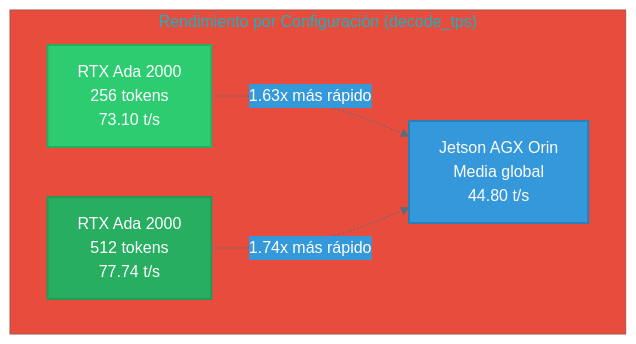
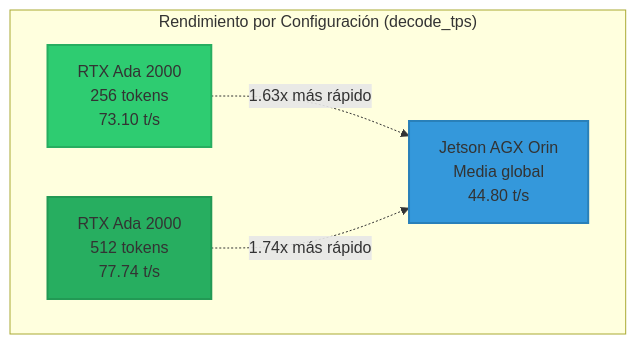
Before and after one commit to infantesromeroadrian/JetsonAGXORIN_Testing: the third of 10 diagrams in docs/Informe_Tecnico_Jetson_AGX_Orin.md, drawn with Mermaid. The commit also changed other lines of this file and 13 other files, not shown here.

````diff
--- a/docs/Informe_Tecnico_Jetson_AGX_Orin.md
+++ b/docs/Informe_Tecnico_Jetson_AGX_Orin.md
@@ -438,16 +438,15 @@
 ```mermaid
-%%{init: {'theme':'base', 'themeVariables': {'primaryColor':'#2ecc71','primaryTextColor':'#fff','primaryBorderColor':'#27ae60','lineColor':'#5A6C7D','secondaryColor':'#3498db','tertiaryColor':'#e74c3c'}}}%%
 graph TD
-    subgraph "Rendimiento por Configuración (decode_tps)"
+    subgraph Config["Rendimiento por Configuración (decode_tps)"]
         RTX256["RTX Ada 2000<br/>256 tokens<br/>73.10 t/s"]
         RTX512["RTX Ada 2000<br/>512 tokens<br/>77.74 t/s"]
         JETSON["Jetson AGX Orin<br/>Media global<br/>44.80 t/s"]
         
         RTX256 -.->|"1.63x más rápido"| JETSON
         RTX512 -.->|"1.74x más rápido"| JETSON
     end
     
     style RTX256 fill:#2ecc71,stroke:#27ae60,stroke-width:2px
     style RTX512 fill:#27ae60,stroke:#229954,stroke-width:2px
     style JETSON fill:#3498db,stroke:#2980b9,stroke-width:2px
 ```
````
